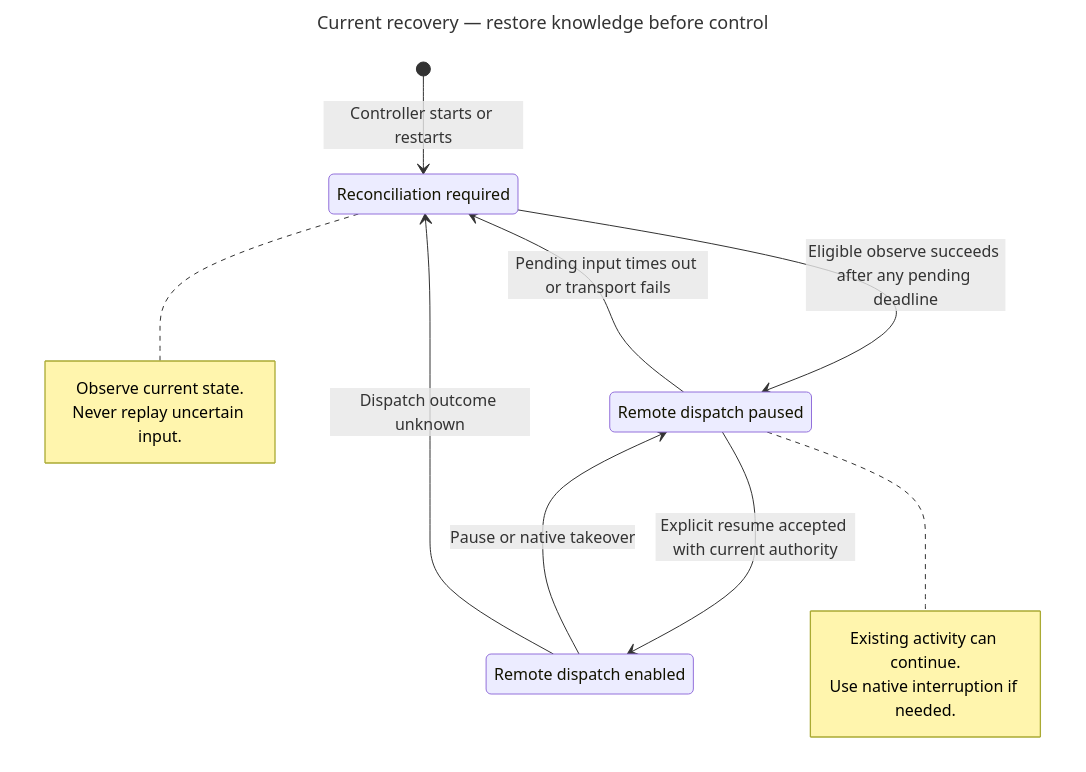
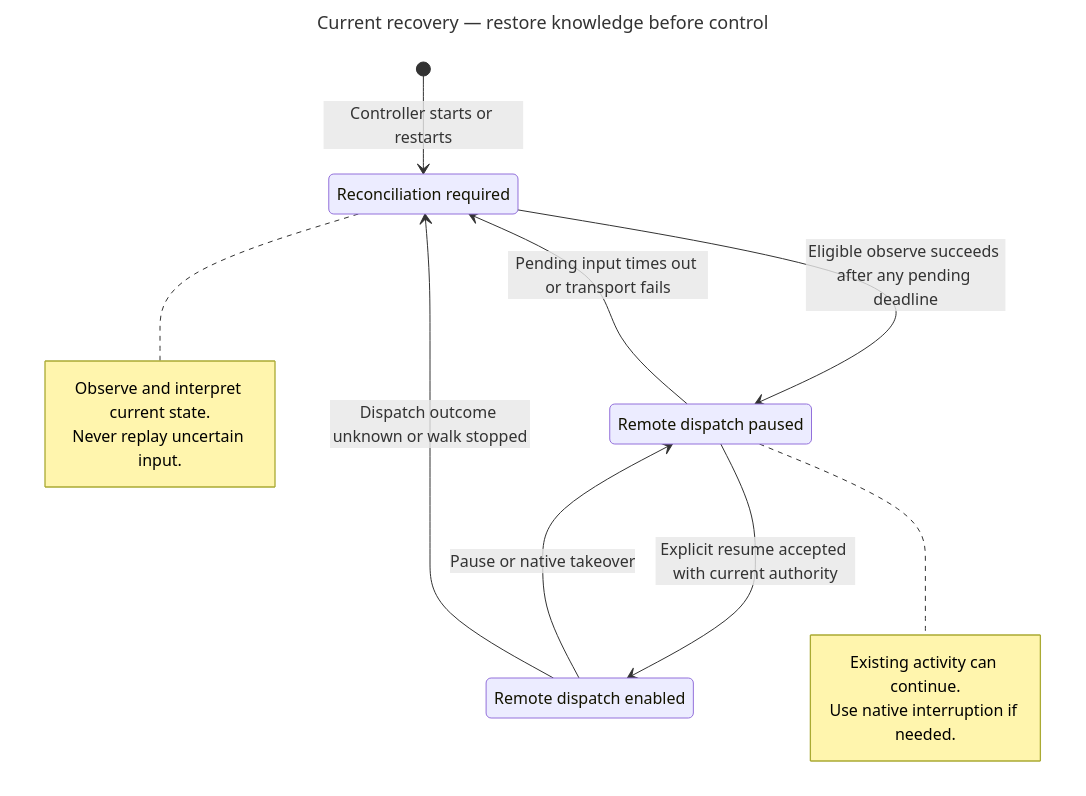
The diagram in docs/diagrams/recovery.mmd (CVX-Hull/enactive), drawn with Mermaid before and after one commit. The commit also changed 19 other files, not shown here.

```diff
--- a/docs/diagrams/recovery.mmd
+++ b/docs/diagrams/recovery.mmd
@@ -1,24 +1,24 @@
 ---
 title: Current recovery — restore knowledge before control
 ---
 stateDiagram-v2
   accTitle: Current operator recovery workflow
-  accDescr: Startup or an uncertain transport outcome requires reconciliation. After a fresh eligible observation, remote dispatch stays paused until explicit resume succeeds. Pause or native input disables further dispatch. A pending request can still time out while paused. Pause does not cancel an already-running game activity; native interruption may be necessary. No recovery path automatically replays an action.
+  accDescr: Startup, an uncertain transport outcome or any stopped walk requires reconciliation. A retained walk observation is evidence, not current authority. After a fresh eligible observation, remote dispatch stays paused until explicit resume succeeds. Pause or native input disables further dispatch. A pending request can still time out while paused. Pause does not cancel an already-running game activity; native interruption may be necessary. No recovery path automatically replays an action.
   direction TB
   state "Reconciliation required" as Frozen
   state "Remote dispatch paused" as Paused
   state "Remote dispatch enabled" as Enabled
   [*] --> Frozen: Controller starts or restarts
   Frozen --> Paused: Eligible observe succeeds after any pending deadline
   Paused --> Enabled: Explicit resume accepted with current authority
   Enabled --> Paused: Pause or native takeover
-  Enabled --> Frozen: Dispatch outcome unknown
+  Enabled --> Frozen: Dispatch outcome unknown or walk stopped
   Paused --> Frozen: Pending input times out or transport fails
   note right of Frozen
-    Observe current state.
+    Observe and interpret current state.
     Never replay uncertain input.
   end note
   note right of Paused
     Existing activity can continue.
     Use native interruption if needed.
   end note
```
